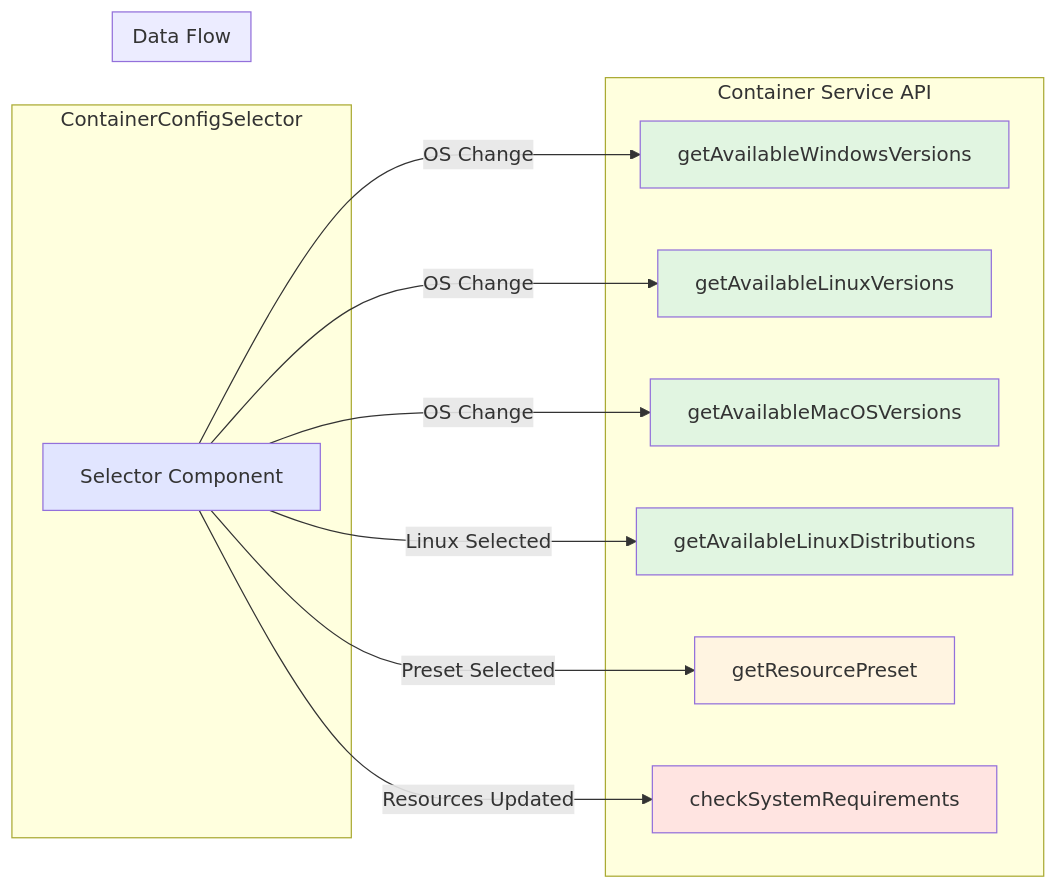
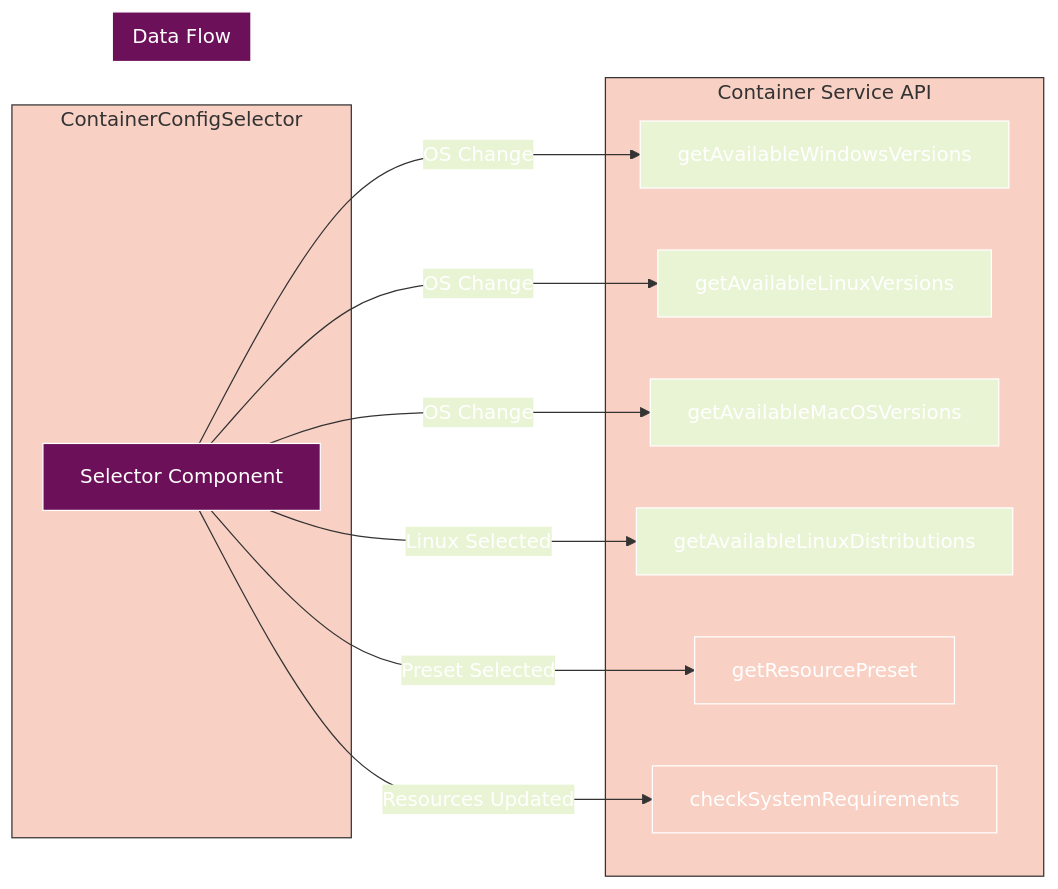
Before and after one commit to radicalkjax/Athena: the tenth of 10 diagrams in docs/components/CONTAINER_CONFIG_SELECTOR.md, drawn with Mermaid. The commit also changed other lines of this file and 27 other files, not shown here.

Commit message:
Introduction of expo package manager. Updated docs to reflect changes. Unified mermaid theme for docs.

````diff
--- a/docs/components/CONTAINER_CONFIG_SELECTOR.md
+++ b/docs/components/CONTAINER_CONFIG_SELECTOR.md
@@ -503,32 +692,53 @@
 ```mermaid
+%%{init: {
+  'theme': 'base',
+  'themeVariables': {
+    'primaryColor': '#6d105a',
+    'primaryTextColor': '#ffffff',
+    'primaryBorderColor': '#ffffff',
+    'lineColor': '#333333',
+    'secondaryColor': '#e8f4d4',
+    'secondaryTextColor': '#333333',
+    'secondaryBorderColor': '#333333',
+    'tertiaryColor': '#f9d0c4',
+    'tertiaryTextColor': '#333333',
+    'tertiaryBorderColor': '#333333',
+    'background': '#ffffff',
+    'mainBkg': '#6d105a',
+    'secondBkg': '#e8f4d4',
+    'tertiaryBkg': '#f9d0c4',
+    'textColor': '#333333',
+    'fontFamily': 'Arial, sans-serif'
+  }
+}}%%
 graph LR
     subgraph "ContainerConfigSelector"
         SEL[Selector Component]
     end
     
     subgraph "Container Service API"
         GWV[getAvailableWindowsVersions]
         GLV[getAvailableLinuxVersions]
         GMV[getAvailableMacOSVersions]
         GLD[getAvailableLinuxDistributions]
         GRP[getResourcePreset]
         CSR[checkSystemRequirements]
     end
     
     subgraph "Data Flow"
         SEL --> |OS Change| GWV
         SEL --> |OS Change| GLV
         SEL --> |OS Change| GMV
         SEL --> |Linux Selected| GLD
         SEL --> |Preset Selected| GRP
         SEL --> |Resources Updated| CSR
     end
     
-    style SEL fill:#e1e5ff
-    style GWV fill:#e1f5e1
-    style GLV fill:#e1f5e1
-    style GMV fill:#e1f5e1
-    style GLD fill:#e1f5e1
-    style GRP fill:#fff4e1
-    style CSR fill:#ffe4e1
+    style SEL fill:#6d105a
+    style GWV fill:#e8f4d4
+    style GLV fill:#e8f4d4
+    style GMV fill:#e8f4d4
+    style GLD fill:#e8f4d4
+    style GRP fill:#f9d0c4
+    style CSR fill:#f9d0c4
 ```
````
